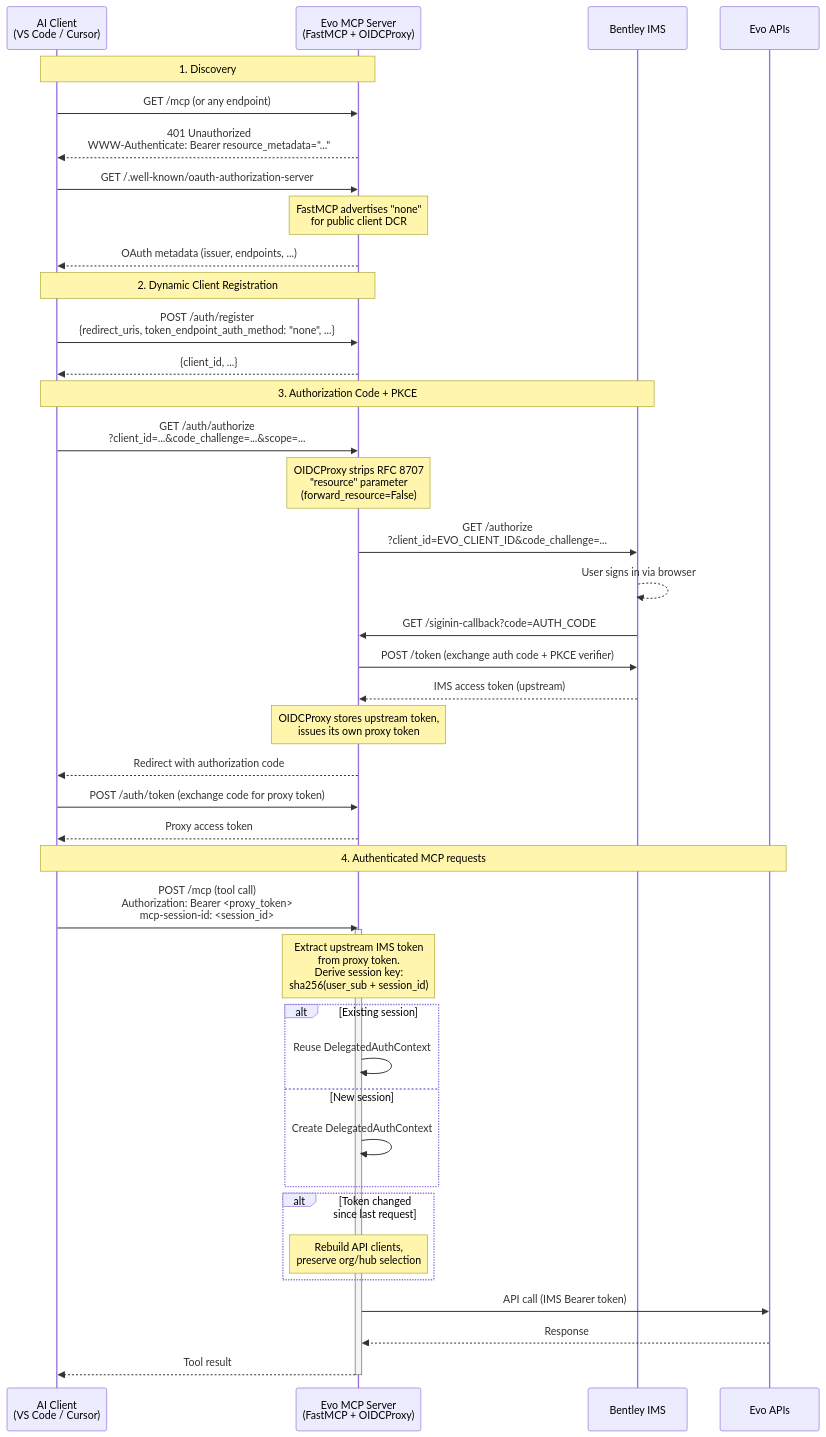
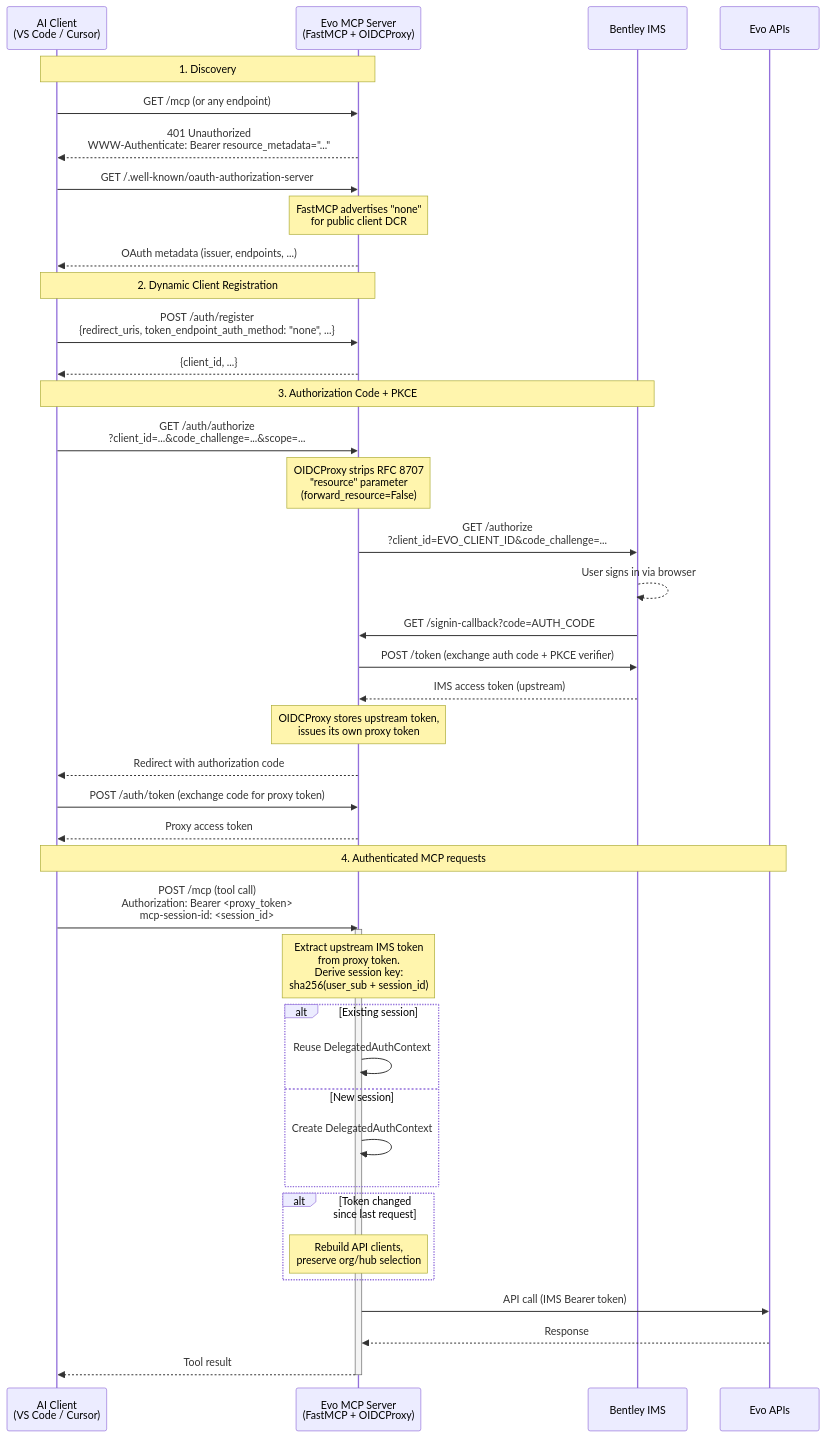
One commit to aminabedi-bentley/evo-mcp changed the fourth of 5 diagrams in docs/authentication.md. Above: the diagram before and after it, drawn with Mermaid.

Commit message:
Fix authentication.md typo

````diff
--- a/docs/authentication.md
+++ b/docs/authentication.md
@@ -137,55 +137,55 @@
 ```mermaid
 sequenceDiagram
     participant Client as AI Client<br/>(VS Code / Cursor)
     participant MCP as Evo MCP Server<br/>(FastMCP + OIDCProxy)
     participant IMS as Bentley IMS
     participant Evo as Evo APIs
 
     Note over Client,MCP: 1. Discovery
     Client->>MCP: GET /mcp (or any endpoint)
     MCP-->>Client: 401 Unauthorized<br/>WWW-Authenticate: Bearer resource_metadata="..."
 
     Client->>MCP: GET /.well-known/oauth-authorization-server
     Note over MCP: FastMCP advertises "none"<br/>for public client DCR
     MCP-->>Client: OAuth metadata (issuer, endpoints, ...)
 
     Note over Client,MCP: 2. Dynamic Client Registration
     Client->>MCP: POST /auth/register<br/>{redirect_uris, token_endpoint_auth_method: "none", ...}
     MCP-->>Client: {client_id, ...}
 
     Note over Client,IMS: 3. Authorization Code + PKCE
     Client->>MCP: GET /auth/authorize<br/>?client_id=...&code_challenge=...&scope=...
     Note over MCP: OIDCProxy strips RFC 8707<br/>"resource" parameter<br/>(forward_resource=False)
     MCP->>IMS: GET /authorize<br/>?client_id=EVO_CLIENT_ID&code_challenge=...
     IMS-->>IMS: User signs in via browser
-    IMS->>MCP: GET /siginin-callback?code=AUTH_CODE
+    IMS->>MCP: GET /signin-callback?code=AUTH_CODE
     MCP->>IMS: POST /token (exchange auth code + PKCE verifier)
     IMS-->>MCP: IMS access token (upstream)
 
     Note over MCP: OIDCProxy stores upstream token,<br/>issues its own proxy token
     MCP-->>Client: Redirect with authorization code
     Client->>MCP: POST /auth/token (exchange code for proxy token)
     MCP-->>Client: Proxy access token
 
     Note over Client,Evo: 4. Authenticated MCP requests
     Client->>MCP: POST /mcp (tool call)<br/>Authorization: Bearer <proxy_token><br/>mcp-session-id: <session_id>
     activate MCP
 
     Note over MCP: Extract upstream IMS token<br/>from proxy token.<br/>Derive session key:<br/>sha256(user_sub + session_id)
 
     alt Existing session
         MCP->>MCP: Reuse DelegatedAuthContext
     else New session
         MCP->>MCP: Create DelegatedAuthContext
     end
 
     alt Token changed since last request
         Note over MCP: Rebuild API clients,<br/>preserve org/hub selection
     end
 
     MCP->>Evo: API call (IMS Bearer token)
     Evo-->>MCP: Response
     MCP-->>Client: Tool result
 
     deactivate MCP
 ```
````
